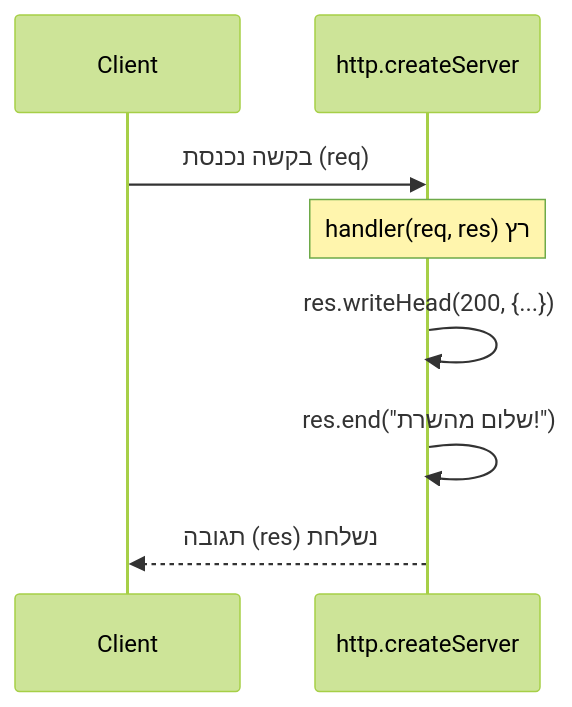
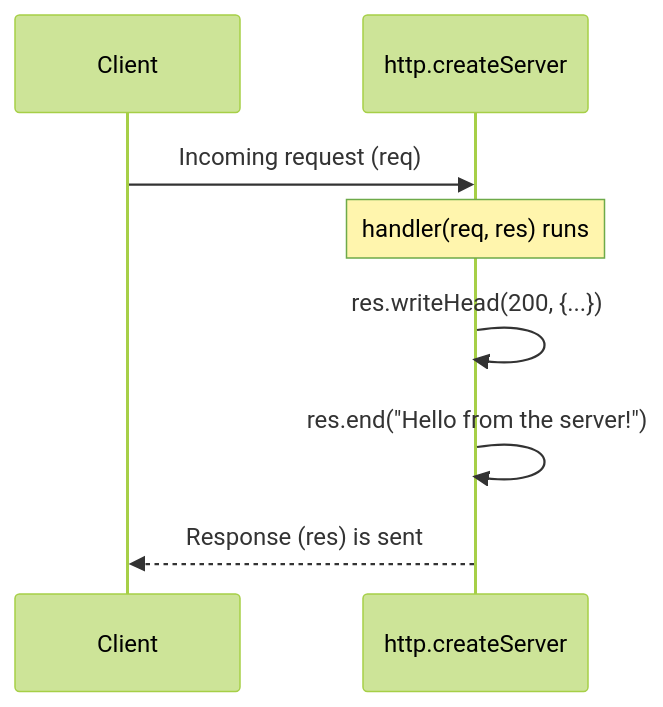
The diagram in content/docs/server/26-vanilla-server-content.md (neriyaMalachi/FullStack_kodkode_5), drawn with Mermaid (forest theme) before and after one commit. The commit also changed other lines of this file and 117 other files, not shown here.

````diff
--- a/content/docs/server/26-vanilla-server-content.md
+++ b/content/docs/server/26-vanilla-server-content.md
@@ -52,10 +52,10 @@
 ```mermaid
 sequenceDiagram
     participant C as Client
     participant S as http.createServer
-    C->>S: בקשה נכנסת (req)
-    Note over S: handler(req, res) רץ
+    C->>S: Incoming request (req)
+    Note over S: handler(req, res) runs
     S->>S: res.writeHead(200, {...})
-    S->>S: res.end("שלום מהשרת!")
-    S-->>C: תגובה (res) נשלחת
+    S->>S: res.end("Hello from the server!")
+    S-->>C: Response (res) is sent
 ```
````
